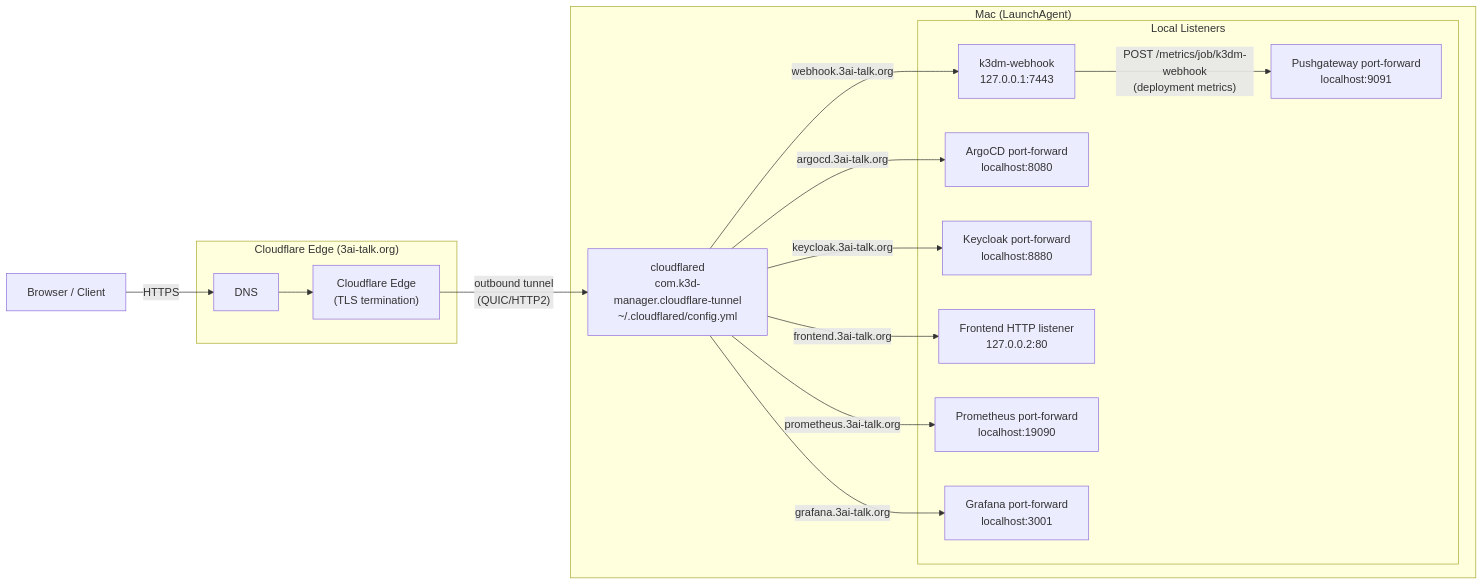
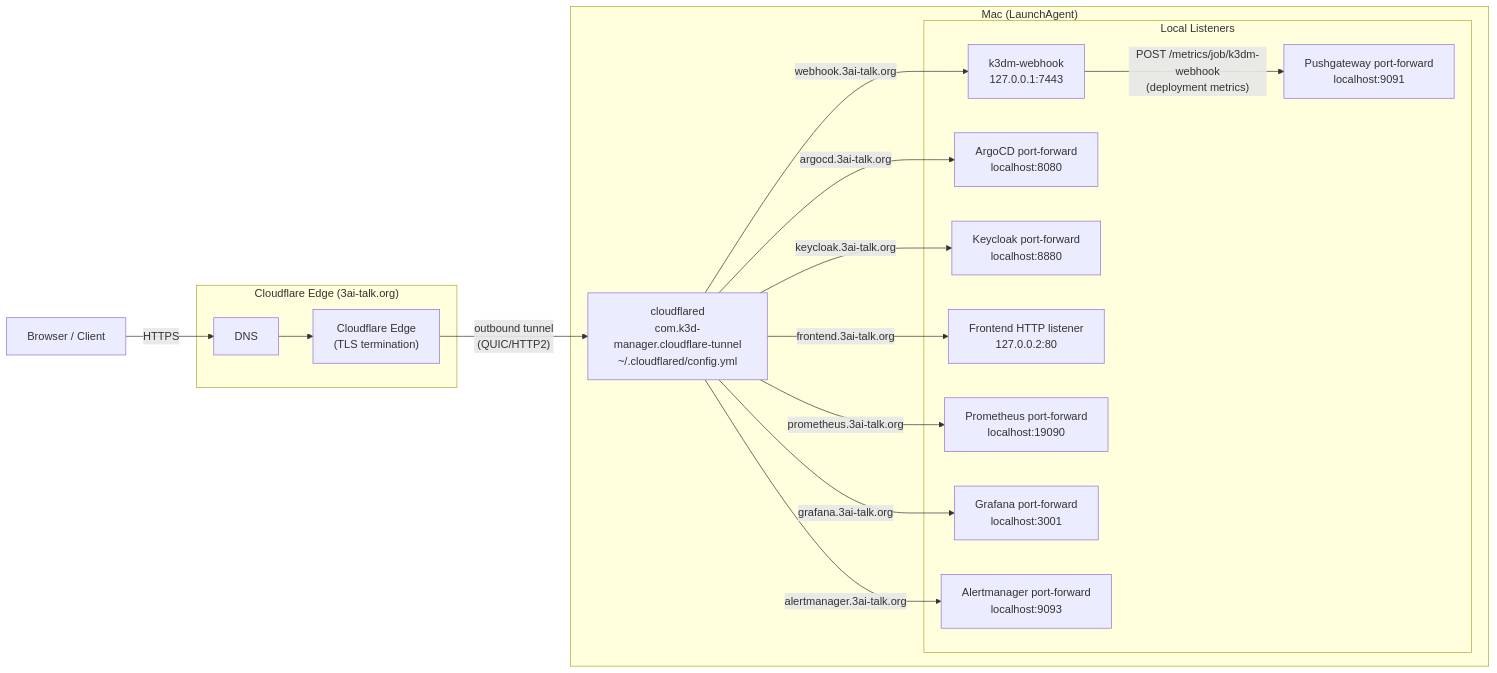
Before and after one commit to wilddog64/k3d-manager: the first of 2 diagrams in docs/architecture/cloudflare-slack-relay.md, drawn with Mermaid. The commit also changed other lines of this file and 10 other files, not shown here.

````diff
--- a/docs/architecture/cloudflare-slack-relay.md
+++ b/docs/architecture/cloudflare-slack-relay.md
@@ -15,35 +15,37 @@
 ```mermaid
 flowchart LR
     Browser["Browser / Client"]
 
     subgraph CF["Cloudflare Edge (3ai-talk.org)"]
         DNS["DNS"]
         Edge["Cloudflare Edge\n(TLS termination)"]
     end
 
     subgraph Mac["Mac (LaunchAgent)"]
         CFD["cloudflared\ncom.k3d-manager.cloudflare-tunnel\n~/.cloudflared/config.yml"]
 
         subgraph Locals["Local Listeners"]
             WH["k3dm-webhook\n127.0.0.1:7443"]
             ARGO["ArgoCD port-forward\nlocalhost:8080"]
             KC["Keycloak port-forward\nlocalhost:8880"]
             FE["Frontend HTTP listener\n127.0.0.2:80"]
             PROM["Prometheus port-forward\nlocalhost:19090"]
             GRAF["Grafana port-forward\nlocalhost:3001"]
+            AM["Alertmanager port-forward\nlocalhost:9093"]
             PGW["Pushgateway port-forward\nlocalhost:9091"]
         end
     end
 
     Browser -->|HTTPS| DNS
     DNS --> Edge
     Edge -->|"outbound tunnel\n(QUIC/HTTP2)"| CFD
 
     CFD -->|"webhook.3ai-talk.org"| WH
     CFD -->|"argocd.3ai-talk.org"| ARGO
     CFD -->|"keycloak.3ai-talk.org"| KC
     CFD -->|"frontend.3ai-talk.org"| FE
     CFD -->|"prometheus.3ai-talk.org"| PROM
     CFD -->|"grafana.3ai-talk.org"| GRAF
+    CFD -->|"alertmanager.3ai-talk.org"| AM
     WH -->|"POST /metrics/job/k3dm-webhook\n(deployment metrics)"| PGW
 ```
````
